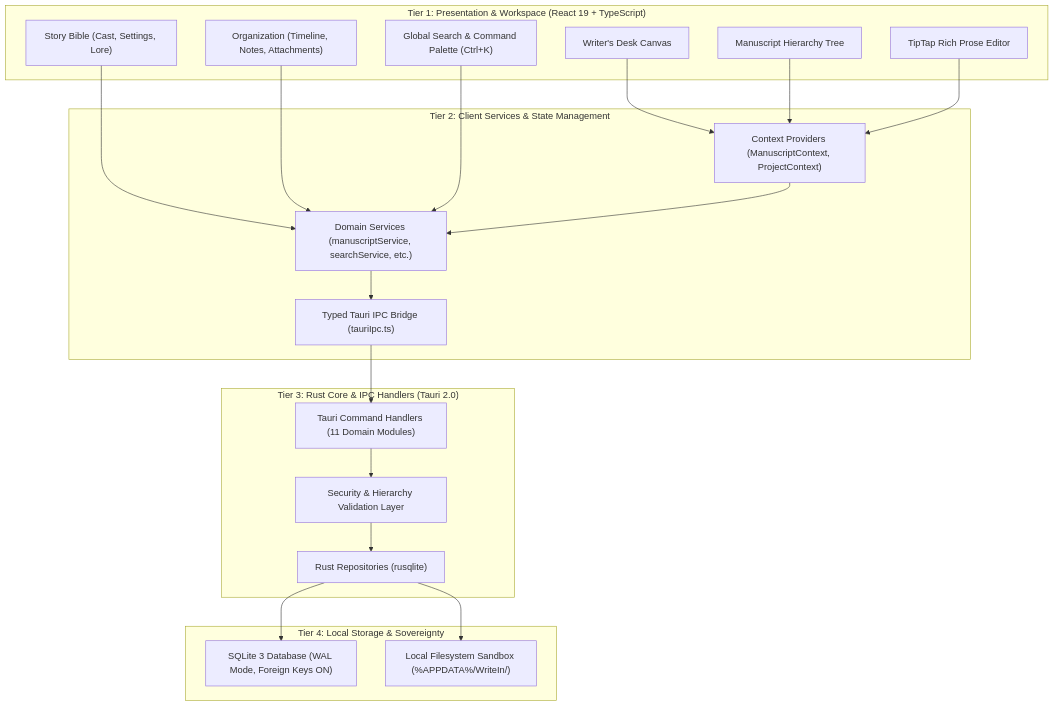
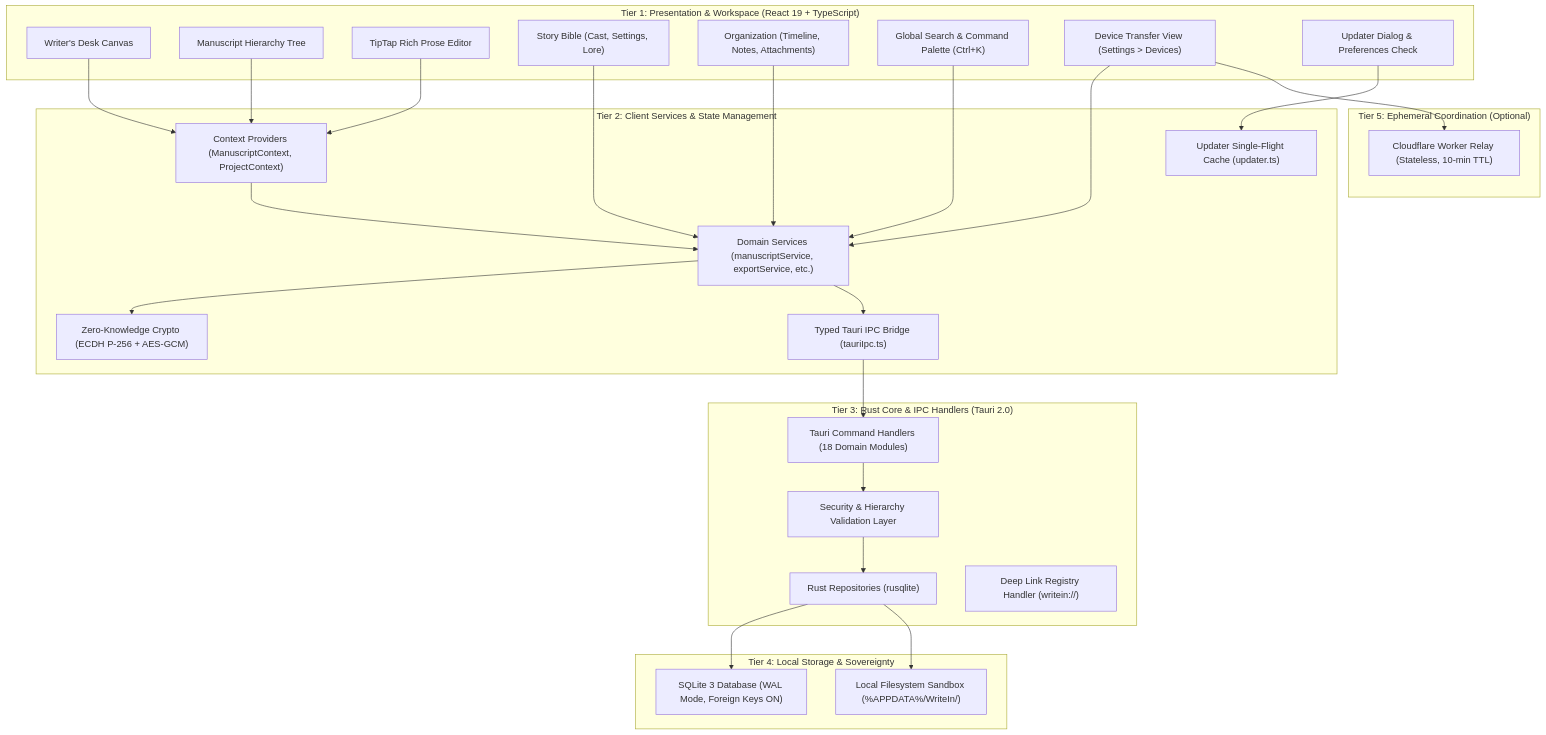
The first of 3 diagrams in docs/ARCHITECTURE.md (carlodandan/writein), drawn with Mermaid before and after one commit. The commit also changed other lines of this file and 6 other files, not shown here.

First line of the commit message:
docs: synchronize README and docs suite with v4.2.1 architecture and features

````diff
--- a/docs/ARCHITECTURE.md
+++ b/docs/ARCHITECTURE.md
@@ -11,43 +11,56 @@
 ```mermaid
 graph TD
     subgraph UI ["Tier 1: Presentation & Workspace (React 19 + TypeScript)"]
         Desk["Writer's Desk Canvas"]
         Tree["Manuscript Hierarchy Tree"]
         Editor["TipTap Rich Prose Editor"]
         Bible["Story Bible (Cast, Settings, Lore)"]
         Org["Organization (Timeline, Notes, Attachments)"]
         Palette["Global Search & Command Palette (Ctrl+K)"]
+        TransferUI["Device Transfer View (Settings > Devices)"]
+        UpdaterUI["Updater Dialog & Preferences Check"]
     end
 
     subgraph Service ["Tier 2: Client Services & State Management"]
         Contexts["Context Providers (ManuscriptContext, ProjectContext)"]
-        Services["Domain Services (manuscriptService, searchService, etc.)"]
+        Services["Domain Services (manuscriptService, exportService, etc.)"]
+        Crypto["Zero-Knowledge Crypto (ECDH P-256 + AES-GCM)"]
+        UpdaterLib["Updater Single-Flight Cache (updater.ts)"]
         IPC["Typed Tauri IPC Bridge (tauriIpc.ts)"]
     end
 
     subgraph Backend ["Tier 3: Rust Core & IPC Handlers (Tauri 2.0)"]
-        Commands["Tauri Command Handlers (11 Domain Modules)"]
+        Commands["Tauri Command Handlers (18 Domain Modules)"]
         Validation["Security & Hierarchy Validation Layer"]
         Repos["Rust Repositories (rusqlite)"]
+        DeepLink["Deep Link Registry Handler (writein://)"]
     end
 
     subgraph Storage ["Tier 4: Local Storage & Sovereignty"]
         SQLite["SQLite 3 Database (WAL Mode, Foreign Keys ON)"]
         Filesystem["Local Filesystem Sandbox (%APPDATA%/WriteIn/)"]
+    end
+
+    subgraph Relay ["Tier 5: Ephemeral Coordination (Optional)"]
+        Worker["Cloudflare Worker Relay (Stateless, 10-min TTL)"]
     end
 
     Desk --> Contexts
     Tree --> Contexts
     Editor --> Contexts
     Bible --> Services
     Org --> Services
     Palette --> Services
+    TransferUI --> Services
+    UpdaterUI --> UpdaterLib
 
     Contexts --> Services
+    Services --> Crypto
     Services --> IPC
+    TransferUI --> Worker
     IPC --> Commands
     Commands --> Validation
     Validation --> Repos
     Repos --> SQLite
     Repos --> Filesystem
 ```
````
